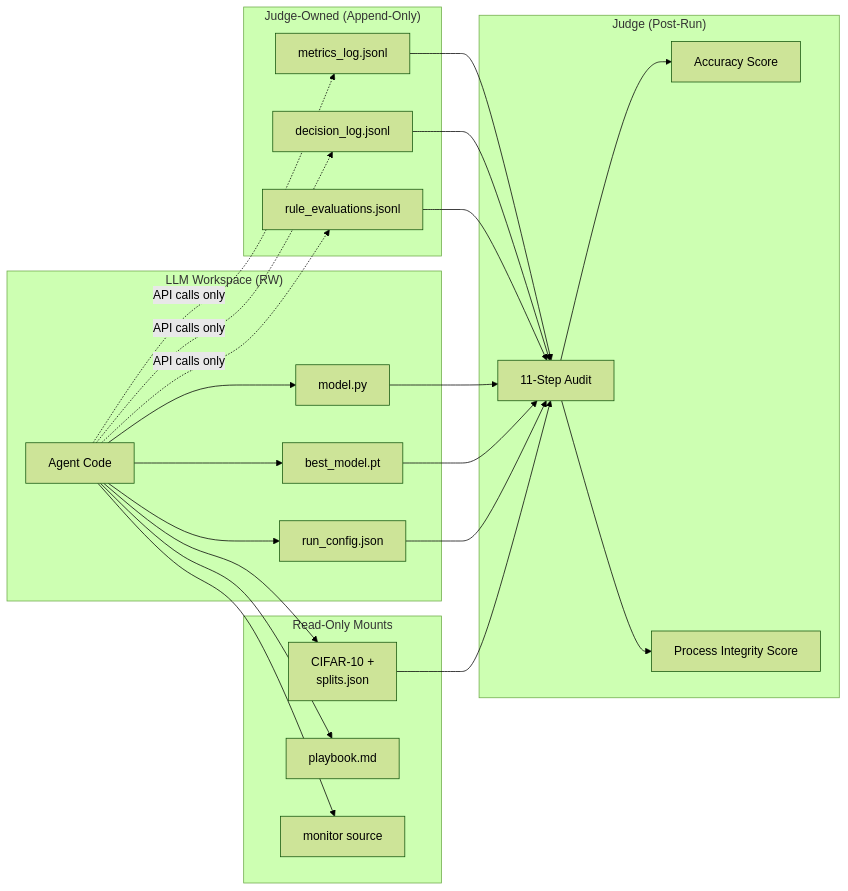
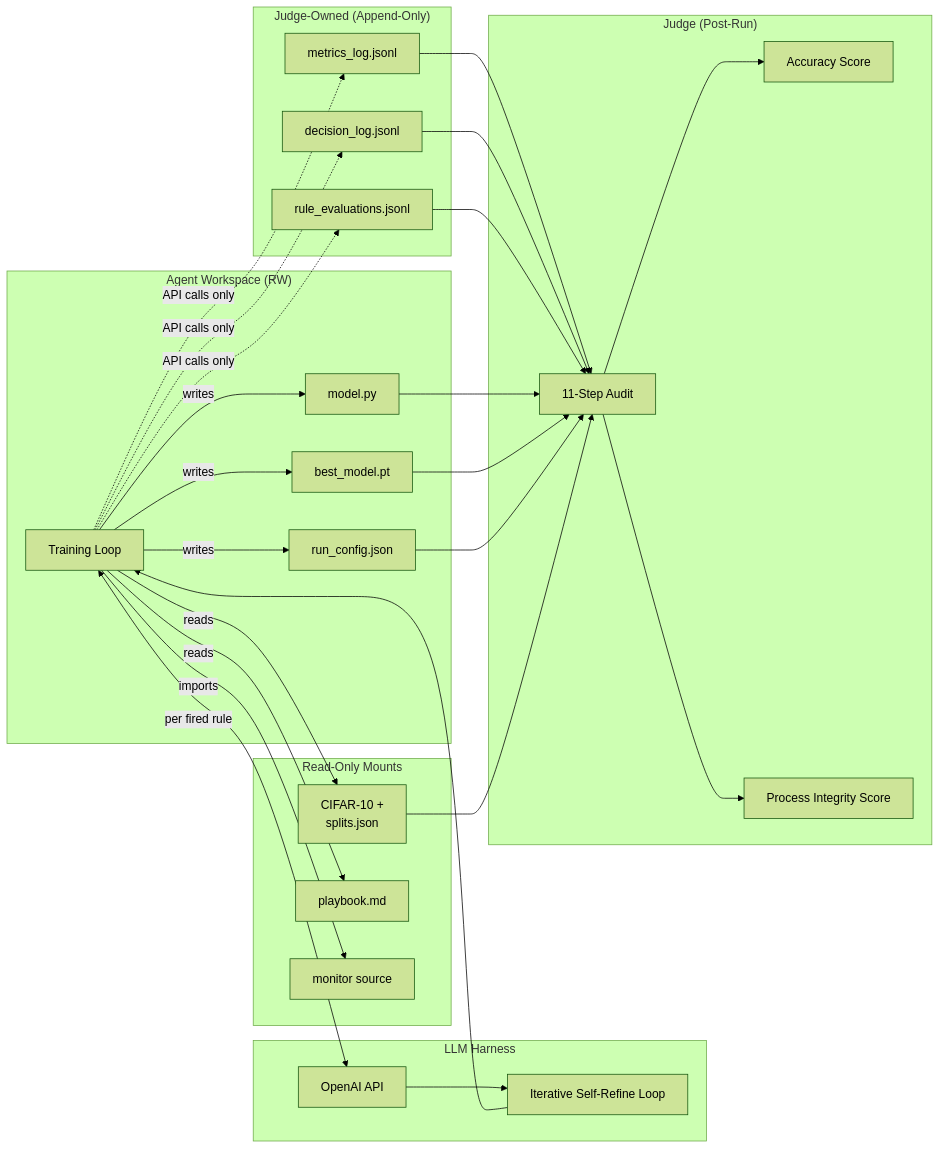
Before and after one commit to zubairashfaque/environment_rl: the first of 2 diagrams in README.md, drawn with Mermaid (forest theme). The commit also changed other lines of this file, not shown here.

Commit message:
docs(readme): comprehensive walkthrough with architecture, step-by-step setup, per-file guide, troubleshooting

````diff
--- a/README.md
+++ b/README.md
@@ -9,42 +66,50 @@
 ```mermaid
 flowchart LR
-    subgraph "LLM Workspace (RW)"
-        A[Agent Code]
+    subgraph "Agent Workspace (RW)"
+        A[Training Loop]
         M1[model.py]
         W1[best_model.pt]
         C1[run_config.json]
     end
     subgraph "Read-Only Mounts"
         D[CIFAR-10 +<br/>splits.json]
         P[playbook.md]
         MS[monitor source]
     end
     subgraph "Judge-Owned (Append-Only)"
         L1[metrics_log.jsonl]
         L2[decision_log.jsonl]
         L3[rule_evaluations.jsonl]
     end
+    subgraph "LLM Harness"
+        H1[OpenAI API]
+        H2[Iterative Self-Refine Loop]
+    end
     subgraph "Judge (Post-Run)"
         J[11-Step Audit]
         S1[Accuracy Score]
         S2[Process Integrity Score]
     end
-    A --> D
-    A --> P
-    A --> MS
+
+    A <-->|per fired rule| H1
+    H1 --> H2
+    H2 --> A
+    A -->|reads| D
+    A -->|reads| P
+    A -->|imports| MS
     A -.->|API calls only| L1
     A -.->|API calls only| L2
     A -.->|API calls only| L3
-    A --> M1
-    A --> W1
-    A --> C1
+    A -->|writes| M1
+    A -->|writes| W1
+    A -->|writes| C1
     L1 --> J
     L2 --> J
     L3 --> J
     M1 --> J
     W1 --> J
     C1 --> J
     D --> J
     J --> S1
     J --> S2
 ```
````
